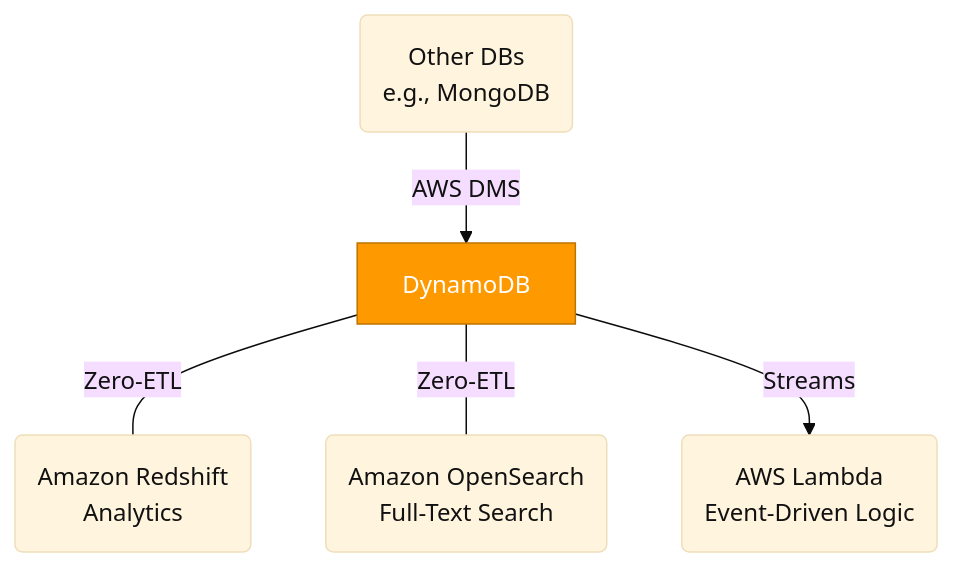
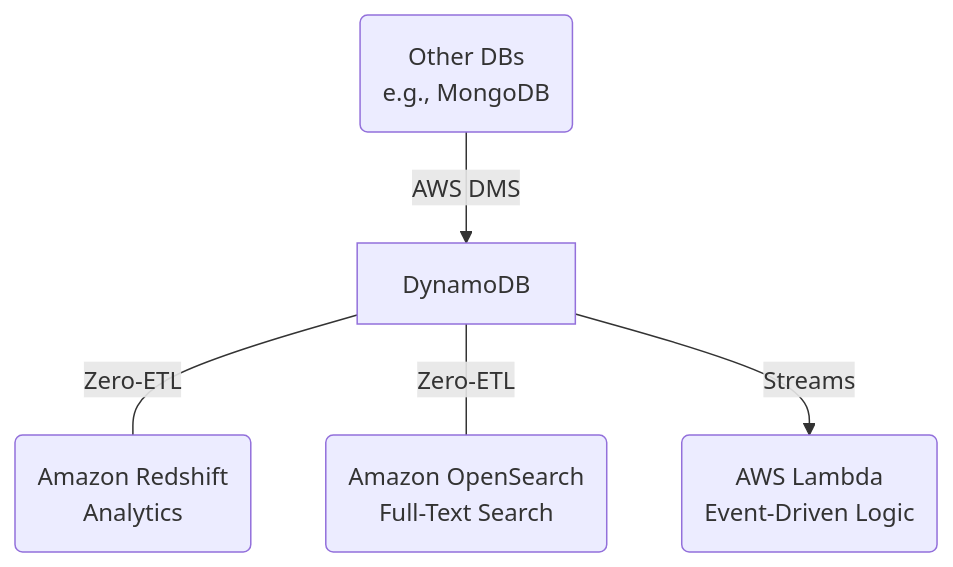
The third of 3 diagrams in slides.md (andomeder/dynamodb), drawn with Mermaid before and after one commit. The commit also changed other lines of this file and 1 other file, not shown here.

First line of the commit message:
feat: Refactor presentation styling and theme

````diff
--- a/slides.md
+++ b/slides.md
@@ -405,14 +412,13 @@
 ```mermaid
-%%{ init: { "theme": "base", "themeVariables": { "primaryTextColor": "#111" } } }%%
 graph TD
     D["<div class='p-1'>DynamoDB</div>"]
-    R("Amazon Redshift<br><span class='opacity-60 text-sm'>Analytics</span>")
-    S("Amazon OpenSearch<br><span class='opacity-60 text-sm'>Full-Text Search</span>")
-    L("AWS Lambda<br><span class='opacity-60 text-sm'>Event-Driven Logic</span>")
-    M("Other DBs<br><span class='opacity-60 text-sm'>e.g., MongoDB</span>")
+    R("Amazon Redshift<br><span class='description'>Analytics</span>")
+    S("Amazon OpenSearch<br><span class='description'>Full-Text Search</span>")
+    L("AWS Lambda<br><span class='description'>Event-Driven Logic</span>")
+    M("Other DBs<br><span class='description'>e.g., MongoDB</span>")
 
     D ---|Zero-ETL| R; D ---|Zero-ETL| S;
     D -- "Streams" --> L; M -- "AWS DMS" --> D;
     
-    style D fill:#FF9900,color:#fff,stroke:#BF7300
+    class D dynamodb-node;
 ```
````
